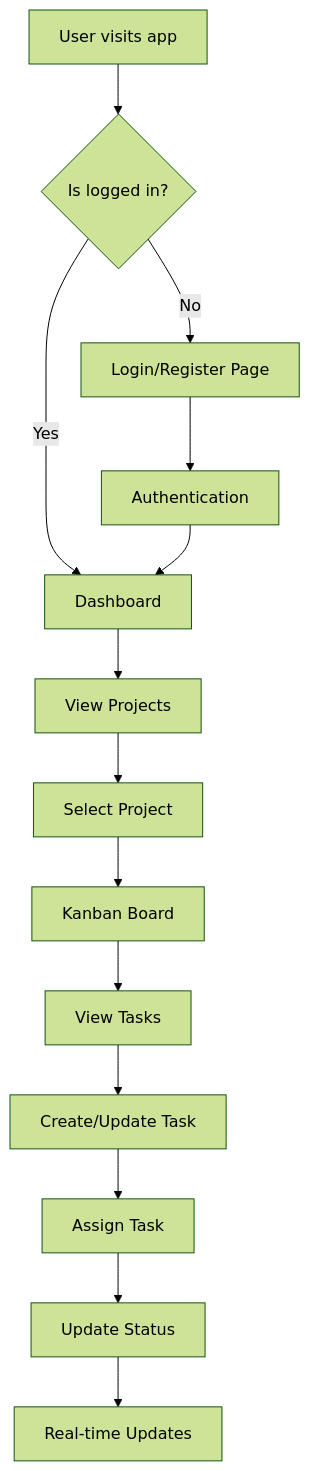
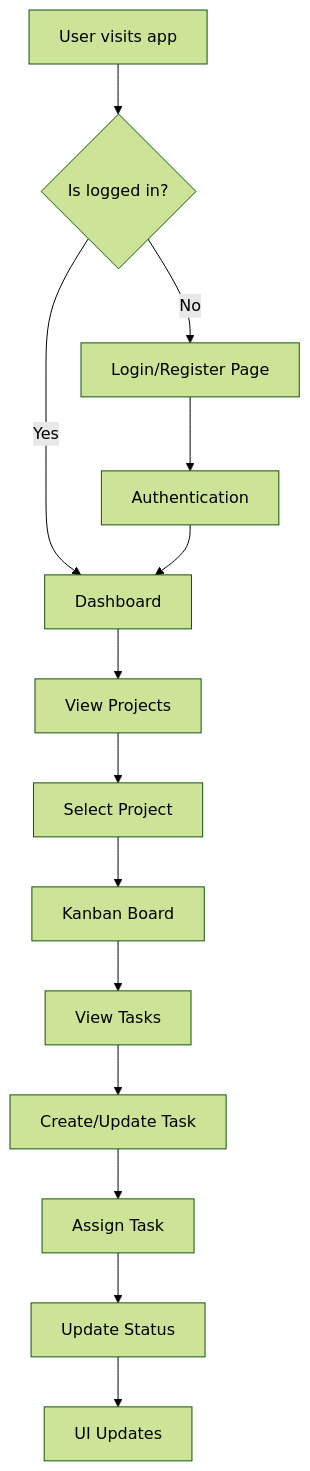
One commit to Ericfeng84/TaskManagment changed the second of 7 diagrams in system-diagrams.md. Above: the diagram before and after it, drawn with Mermaid (forest theme). The commit also changed other lines of this file and 68 other files, not shown here.

````diff
--- a/system-diagrams.md
+++ b/system-diagrams.md
@@ -34,16 +36,16 @@
 ```mermaid
 flowchart TD
     A[User visits app] --> B{Is logged in?}
     B -->|No| C[Login/Register Page]
     B -->|Yes| D[Dashboard]
     C --> E[Authentication]
     E --> D
     D --> F[View Projects]
     F --> G[Select Project]
     G --> H[Kanban Board]
     H --> I[View Tasks]
     I --> J[Create/Update Task]
     J --> K[Assign Task]
     K --> L[Update Status]
-    L --> M[Real-time Updates]
+    L --> M[UI Updates]
 ```
````
